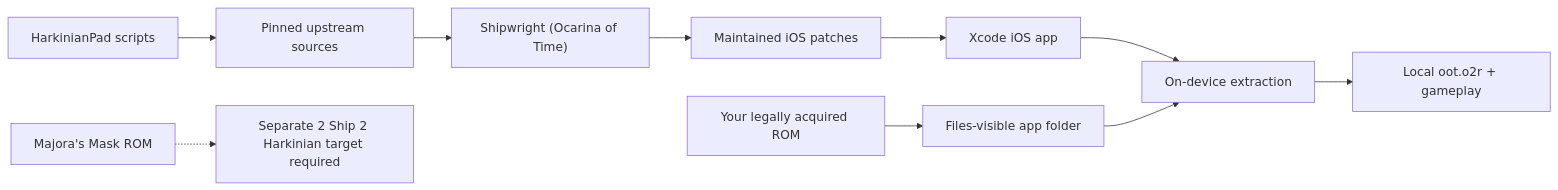
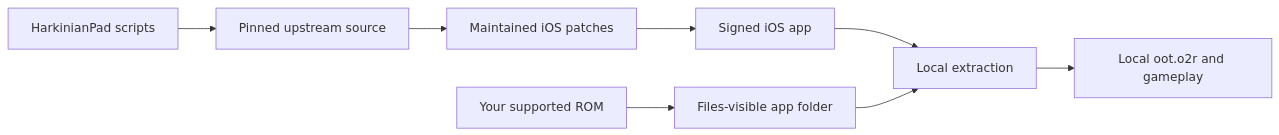
The diagram in README.md (chrissotraidis/harkinianpad), drawn with Mermaid before and after one commit. The commit also changed other lines of this file and 11 other files, not shown here.

````diff
--- a/README.md
+++ b/README.md
@@ -143,12 +185,10 @@
 ```mermaid
 flowchart LR
-    A["HarkinianPad scripts"] --> B["Pinned upstream sources"]
-    B --> C["Shipwright (Ocarina of Time)"]
-    C --> D["Maintained iOS patches"]
-    D --> I["Xcode iOS app"]
-    E["Your legally acquired ROM"] --> F["Files-visible app folder"]
-    I --> G["On-device extraction"]
+    A["HarkinianPad scripts"] --> B["Pinned upstream source"]
+    B --> C["Maintained iOS patches"]
+    C --> D["Signed iOS app"]
+    E["Your supported ROM"] --> F["Files-visible app folder"]
+    D --> G["Local extraction"]
     F --> G
-    G --> H["Local oot.o2r + gameplay"]
-    J["Majora's Mask ROM"] -.-> K["Separate 2 Ship 2 Harkinian target required"]
+    G --> H["Local oot.o2r and gameplay"]
 ```
````
